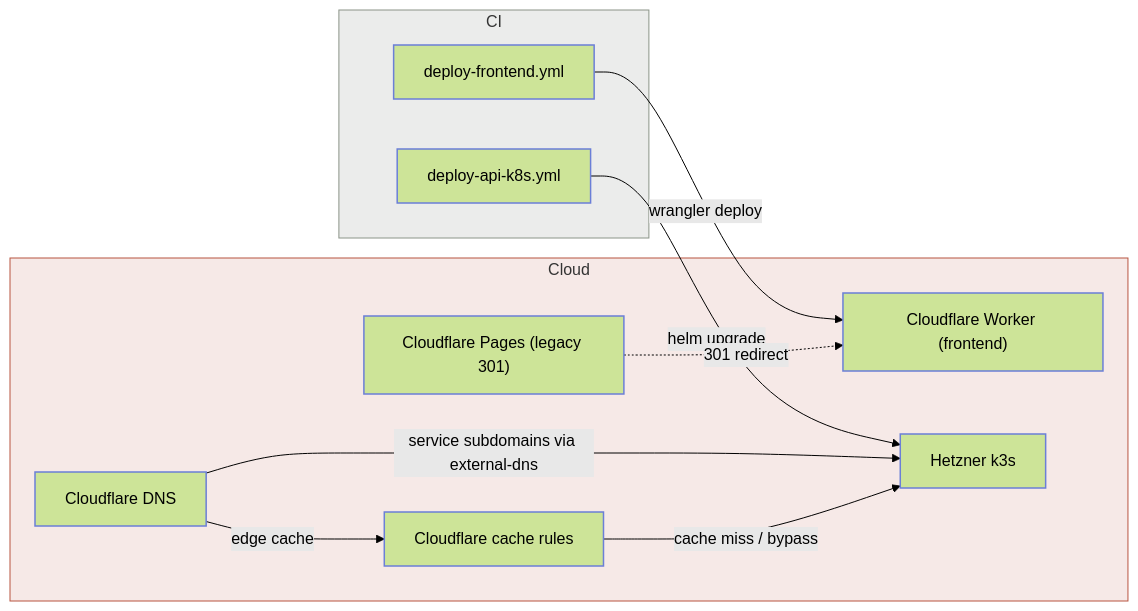
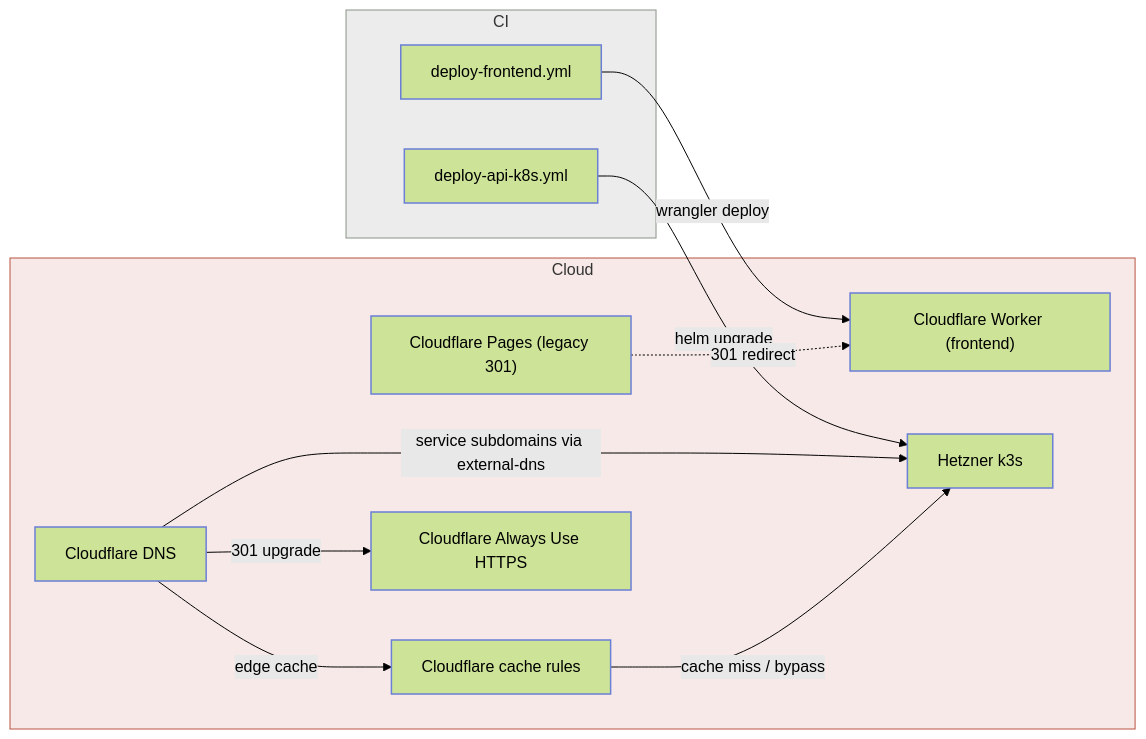
Before and after one commit to Ishou/wordsparrow: the second of 5 diagrams in README.md, drawn with Mermaid (forest theme). The commit also changed 1 other file, not shown here.

Commit message:
fix(infra): declare cloudflare_zone_setting in infra topology descriptor
The new Always Use HTTPS zone_setting resource wasn't declared in
docs/infra/topology.yaml's cloud list, so the readme-diagrams-drift
gate's coherence check failed: "terraform resource types not declared
in topology.yaml cloud: ['cloudflare_zone_setting']". Add the
httpsredirect cloud node + its dns deploy_edge and regenerate the
README cloud diagram to match.

````diff
--- a/README.md
+++ b/README.md
@@ -129,23 +129,25 @@
 ```mermaid
 flowchart LR
   subgraph CI
     deploy_api_k8s["deploy-api-k8s.yml"]
     deploy_frontend["deploy-frontend.yml"]
   end
   subgraph Cloud
     workers["Cloudflare Worker (frontend)"]
     pages["Cloudflare Pages (legacy 301)"]
     dns["Cloudflare DNS"]
     cacherules["Cloudflare cache rules"]
+    httpsredirect["Cloudflare Always Use HTTPS"]
     k3s["Hetzner k3s"]
   end
   deploy_frontend -->|wrangler deploy| workers
   deploy_api_k8s -->|helm upgrade| k3s
   pages -. 301 redirect .-> workers
   dns -->|service subdomains via external-dns| k3s
+  dns -->|301 upgrade| httpsredirect
   dns -->|edge cache| cacherules
   cacherules -->|cache miss / bypass| k3s
   style CI fill:#5a655a1f,stroke:#8b9488;
   style Cloud fill:#b8554020,stroke:#b85540;
   classDef default stroke:#6b7fd7,stroke-width:1.5px;
 ```
````
